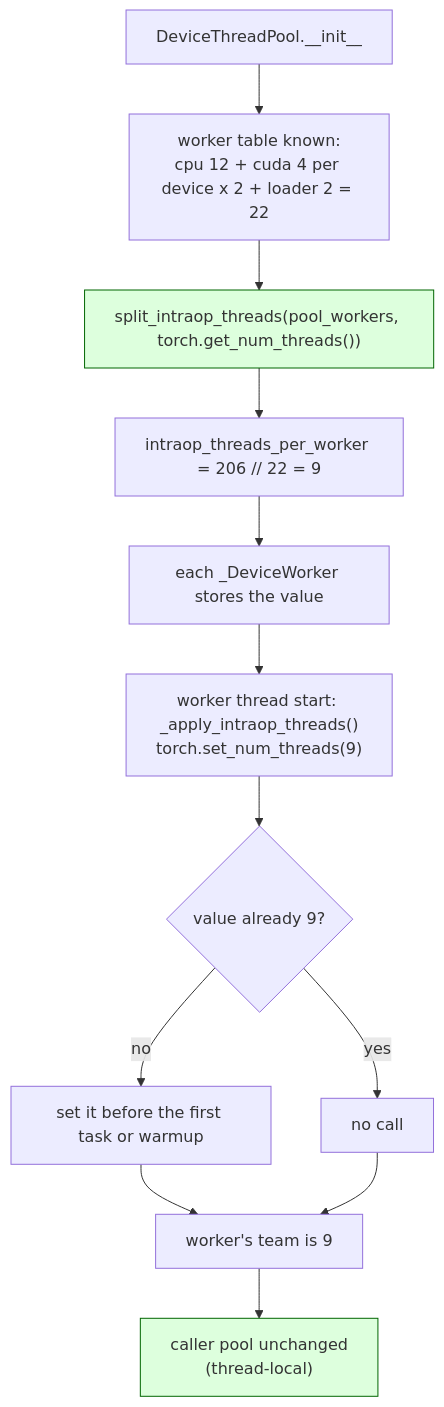
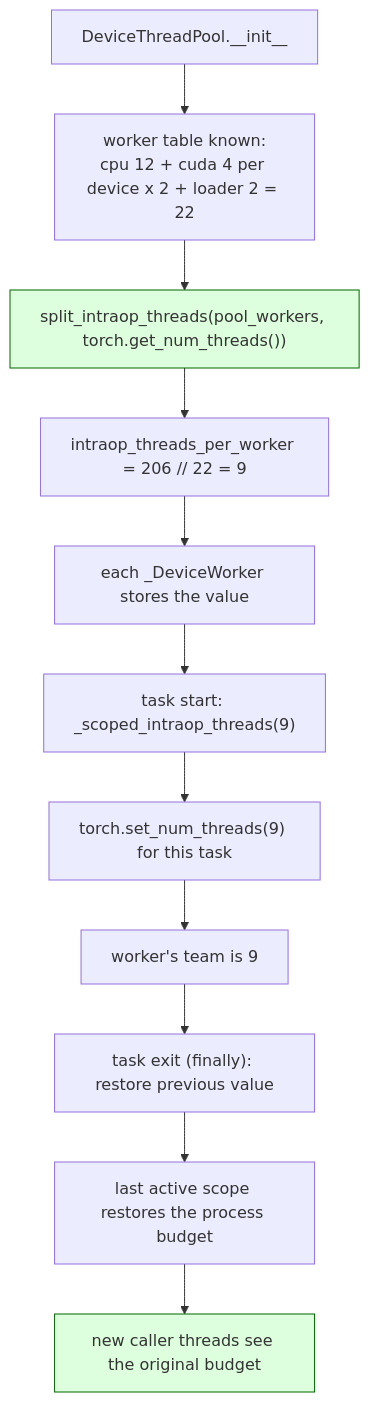
One commit to ModelCloud/GPTQModel changed the second of 2 diagrams in docs/device-thread-pool-intraop-budget.md. Above: the diagram before and after it, drawn with Mermaid. The commit also changed other lines of this file and 4 other files, not shown here.

Commit message:
fix(threadx): scope worker intra-op budget to each task (#4601)

````diff
--- a/docs/device-thread-pool-intraop-budget.md
+++ b/docs/device-thread-pool-intraop-budget.md
@@ -31,16 +31,15 @@
 ```mermaid
 flowchart TD
     A["DeviceThreadPool.__init__"] --> B["worker table known:<br/>cpu 12 + cuda 4 per device x 2 + loader 2 = 22"]
     B --> C["split_intraop_threads(pool_workers, torch.get_num_threads())"]
     C --> D["intraop_threads_per_worker = 206 // 22 = 9"]
     D --> E["each _DeviceWorker stores the value"]
-    E --> F["worker thread start: _apply_intraop_threads()<br/>torch.set_num_threads(9)"]
-    F --> G{"value already 9?"}
-    G -- yes --> H["no call"]
-    G -- no --> I["set it before the first task or warmup"]
-    I --> J["worker's team is 9"]
-    H --> J
-    J --> K["caller pool unchanged<br/>(thread-local)"]
+    E --> F["task start: _scoped_intraop_threads(9)"]
+    F --> G["torch.set_num_threads(9) for this task"]
+    G --> H["worker's team is 9"]
+    H --> I["task exit (finally): restore previous value"]
+    I --> J["last active scope restores the process budget"]
+    J --> K["new caller threads see the original budget"]
     style K fill:#dfd,stroke:#060
     style C fill:#dfd,stroke:#060
 ```
````
